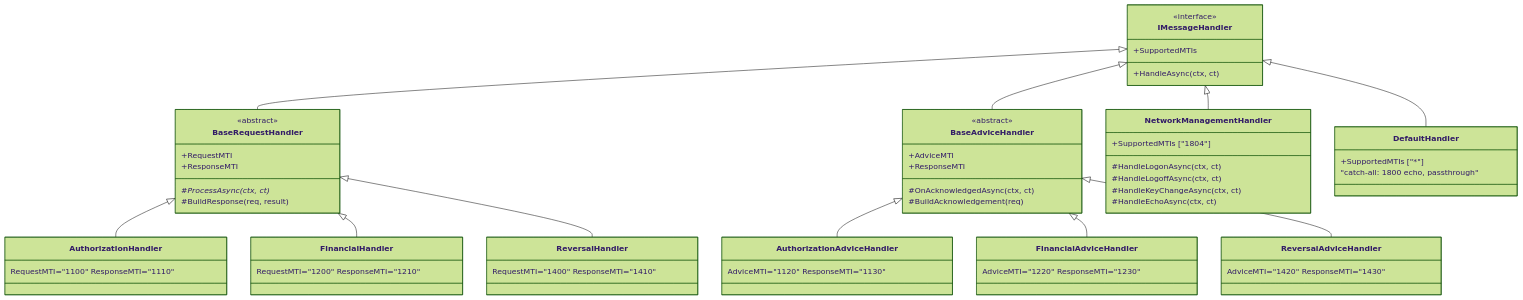
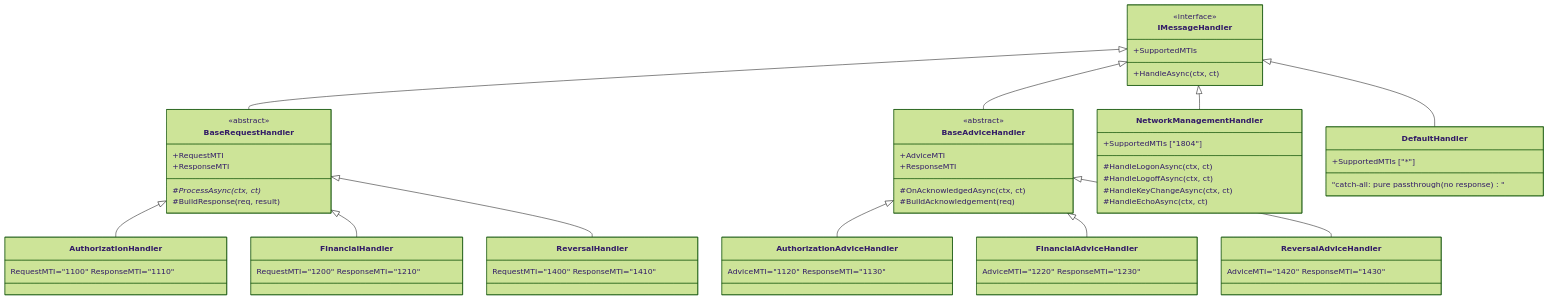
One commit to nikmes/iso8583net changed the second of 4 diagrams in docs/handler-development-guide.md. Above: the diagram before and after it, drawn with Mermaid (forest theme). The commit also changed other lines of this file and 9 other files, not shown here.

````diff
--- a/docs/handler-development-guide.md
+++ b/docs/handler-development-guide.md
@@ -48,62 +48,62 @@
 ```mermaid
 classDiagram
     class IMessageHandler {
         <<interface>>
         +SupportedMTIs
         +HandleAsync(ctx, ct)
     }
     class BaseRequestHandler {
         <<abstract>>
         +RequestMTI
         +ResponseMTI
         #ProcessAsync(ctx, ct)*
         #BuildResponse(req, result)
     }
     class BaseAdviceHandler {
         <<abstract>>
         +AdviceMTI
         +ResponseMTI
         #OnAcknowledgedAsync(ctx, ct)
         #BuildAcknowledgement(req)
     }
     class NetworkManagementHandler {
         +SupportedMTIs ["1804"]
         #HandleLogonAsync(ctx, ct)
         #HandleLogoffAsync(ctx, ct)
         #HandleKeyChangeAsync(ctx, ct)
         #HandleEchoAsync(ctx, ct)
     }
     class DefaultHandler {
         +SupportedMTIs ["*"]
-        "catch-all: 1800 echo, passthrough"
+        "catch-all: pure passthrough (no response)"
     }
     class AuthorizationHandler {
         RequestMTI="1100" ResponseMTI="1110"
     }
     class FinancialHandler {
         RequestMTI="1200" ResponseMTI="1210"
     }
     class ReversalHandler {
         RequestMTI="1400" ResponseMTI="1410"
     }
     class AuthorizationAdviceHandler {
         AdviceMTI="1120" ResponseMTI="1130"
     }
     class FinancialAdviceHandler {
         AdviceMTI="1220" ResponseMTI="1230"
     }
     class ReversalAdviceHandler {
         AdviceMTI="1420" ResponseMTI="1430"
     }
 
     IMessageHandler <|-- BaseRequestHandler
     IMessageHandler <|-- BaseAdviceHandler
     IMessageHandler <|-- NetworkManagementHandler
     IMessageHandler <|-- DefaultHandler
     BaseRequestHandler <|-- AuthorizationHandler
     BaseRequestHandler <|-- FinancialHandler
     BaseRequestHandler <|-- ReversalHandler
     BaseAdviceHandler <|-- AuthorizationAdviceHandler
     BaseAdviceHandler <|-- FinancialAdviceHandler
     BaseAdviceHandler <|-- ReversalAdviceHandler
 ```
````
